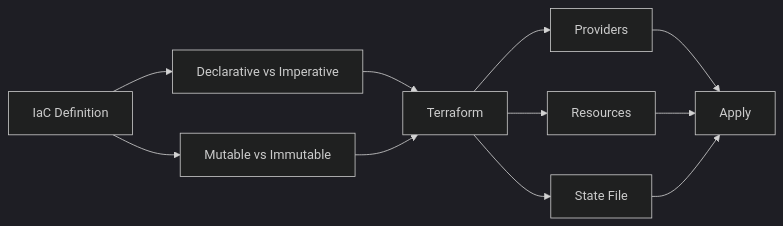
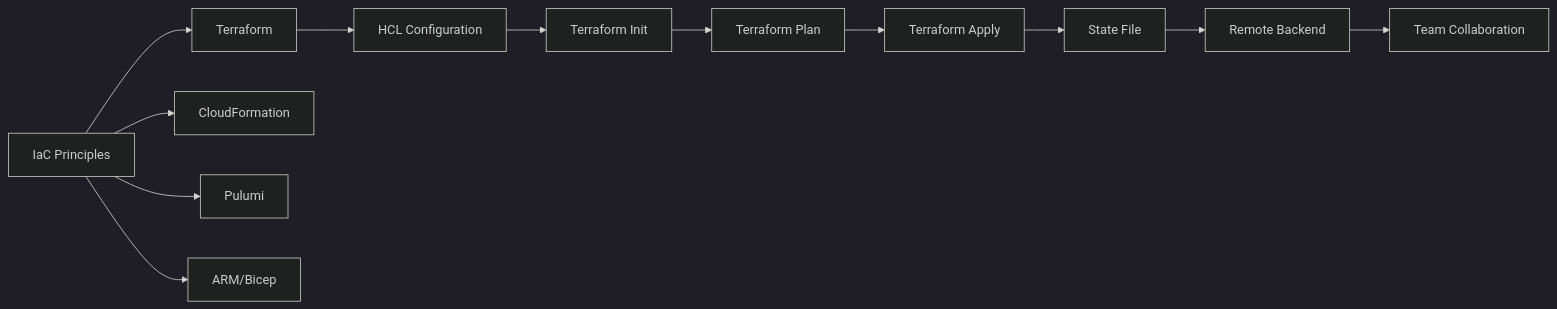
The first of 2 diagrams in docs/courses/devops/07-infrastructure-as-code.md (Raushan666java/ai-engineering-journey), drawn with Mermaid (dark theme) before and after one commit. The commit also changed other lines of this file and 62 other files, not shown here.

````diff
--- a/docs/courses/devops/07-infrastructure-as-code.md
+++ b/docs/courses/devops/07-infrastructure-as-code.md
@@ -29,10 +34,14 @@
 ```mermaid
 flowchart LR
-    A[IaC Definition] --> B[Declarative vs Imperative]
-    A --> C[Mutable vs Immutable]
-    B & C --> D[Terraform]
-    D --> E[Providers]
-    D --> F[Resources]
-    D --> G[State File]
-    E & F & G --> H[Apply]
+    A[IaC Principles] --> B[Terraform]
+    A --> C[CloudFormation]
+    A --> D[Pulumi]
+    A --> E[ARM/Bicep]
+    B --> F[HCL Configuration]
+    F --> G[Terraform Init]
+    G --> H[Terraform Plan]
+    H --> I[Terraform Apply]
+    I --> J[State File]
+    J --> K[Remote Backend]
+    K --> L[Team Collaboration]
 ```
````
